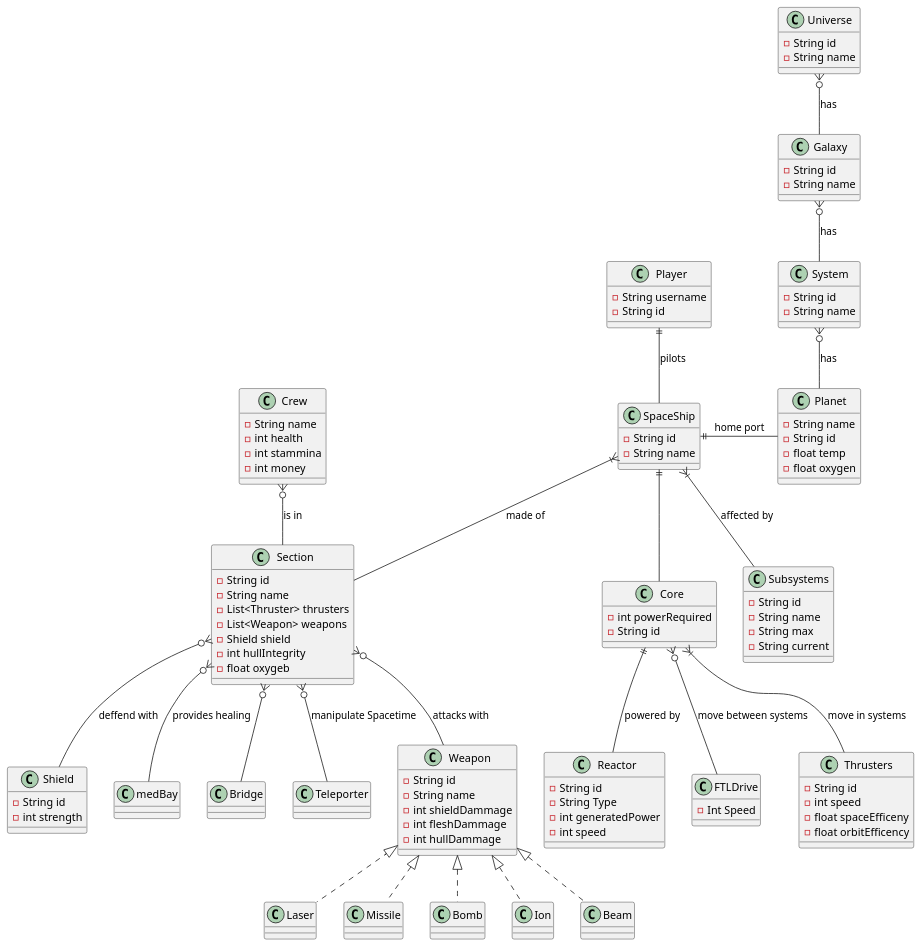
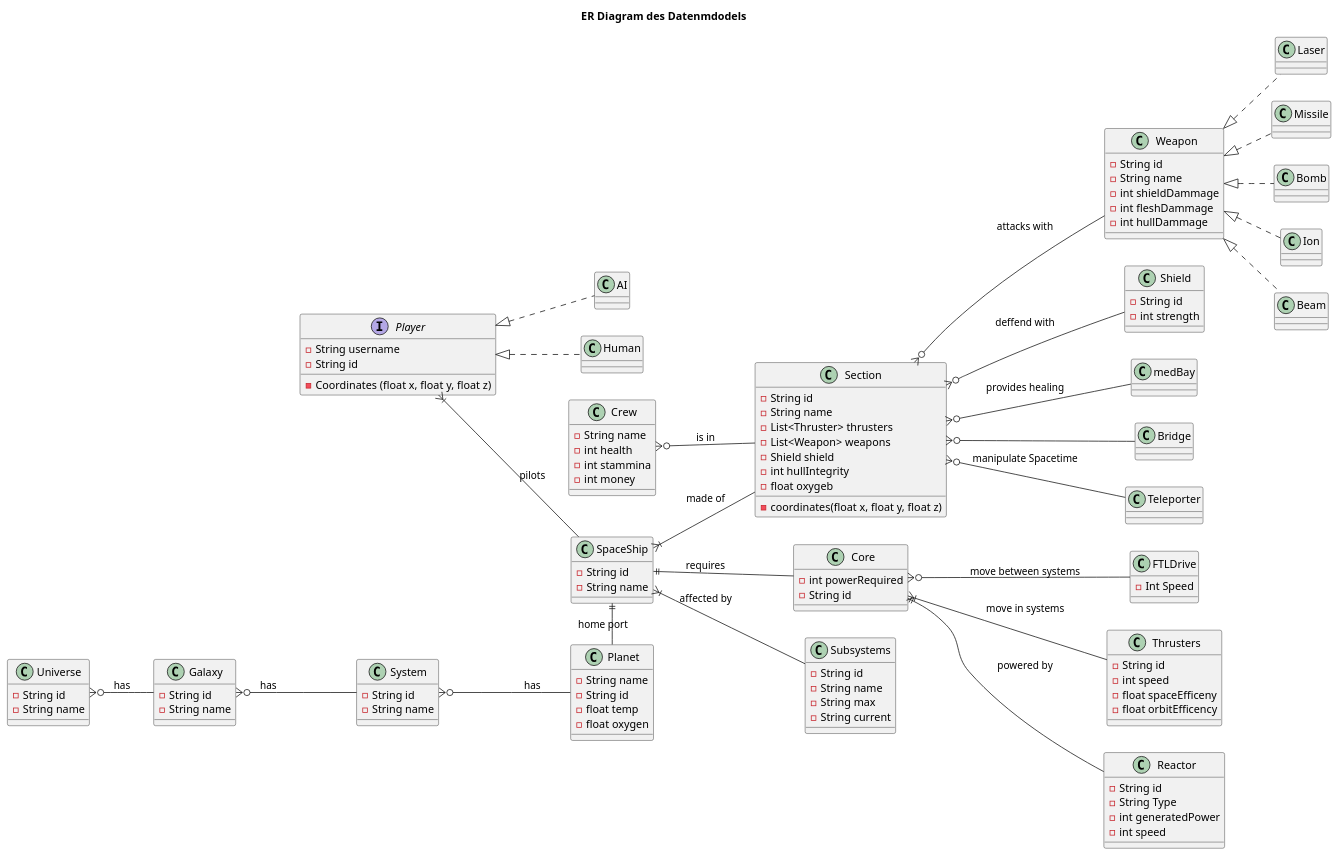
The second of 3 diagrams in docs/model.org (ksreyr/SpaceStudio), drawn with PlantUML before and after one commit. The commit also changed other lines of this file and 4 other files, not shown here.

```diff
--- a/docs/model.org
+++ b/docs/model.org
@@ -19,4 +19,8 @@
 #+BEGIN_SRC plantuml :file raumschiff.png
+title ER Diagram des Datenmdodels
+left to right direction
+skinparam shadowing false
+
 class SpaceShip {
   - String id
   - String name
@@ -58,6 +62,7 @@
   - Shield shield
   - int hullIntegrity
   - float oxygeb
+  - coordinates(float x, float y, float z)
 }
 
 class medBay
@@ -94,11 +99,17 @@
 
 }
 
-class Player {
+
+
+interface Player {
    - String username
    - String id
+   - Coordinates (float x, float y, float z)
 }
 
+class AI
+
+class Human
 
 class Universe {
    - String id
@@ -128,12 +139,13 @@
 System }o-- Planet: has
 SpaceShip ||-right- Planet : home port
 
-Player ||-- SpaceShip: pilots
-
+Player }|-- SpaceShip: pilots
+Player <|.. AI
+Player <|.. Human
 
 SpaceShip }|-- Subsystems: affected by
 SpaceShip }|-- Section: made of
-SpaceShip ||-- Core
+SpaceShip ||-- Core: requires
 
 Core }|-- Thrusters: move in systems
 Core }o-- FTLDrive: move between systems
```
